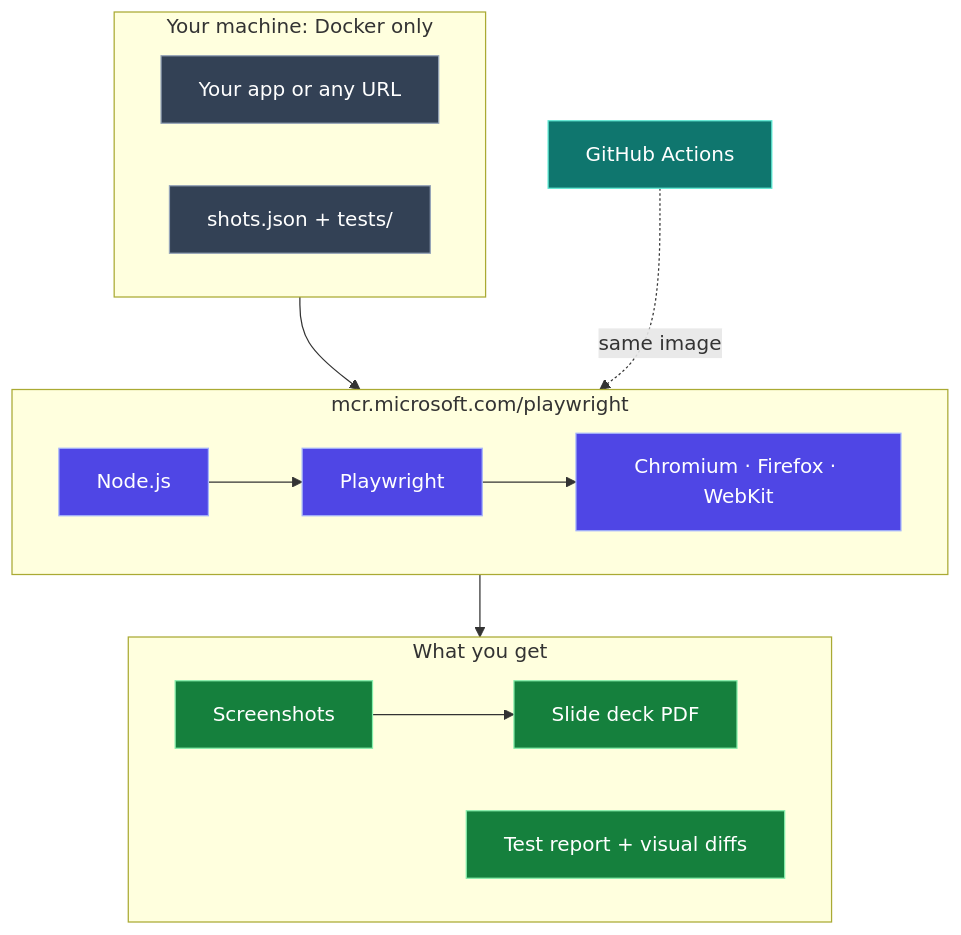
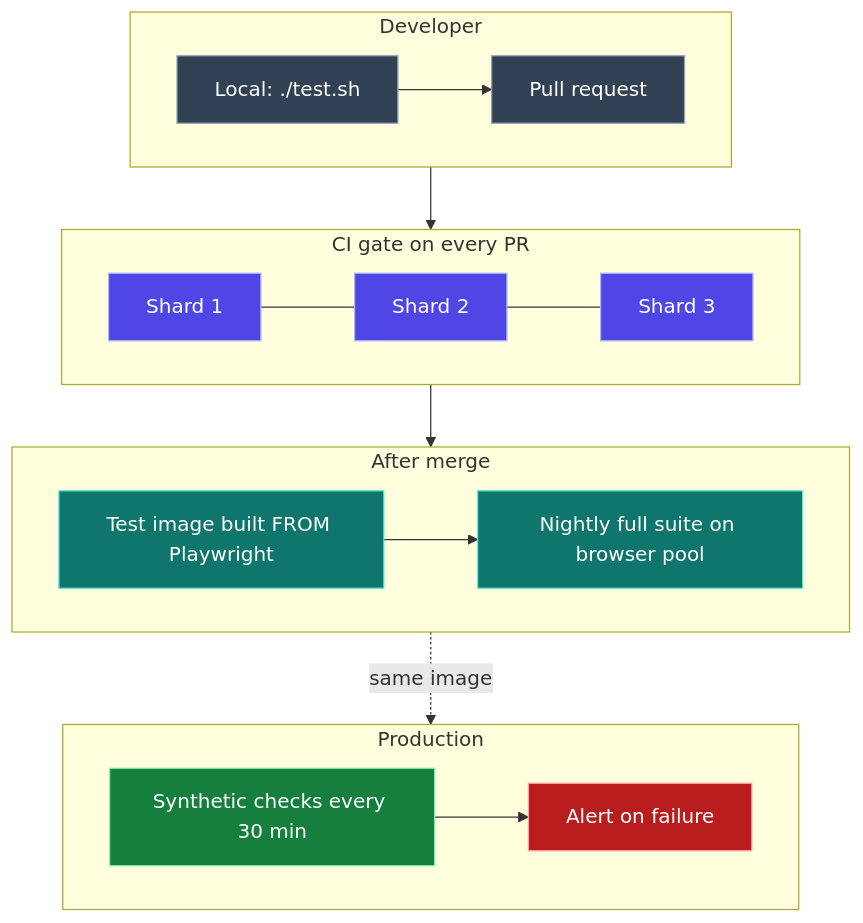
Before and after one commit to mohiadeen-ameer/blogs: the third of 4 diagrams in posts/playwright-container.md, drawn with Mermaid. The commit also changed other lines of this file and 7 other files, not shown here.

Commit message:
Rewrite Playwright post around the container itself and production usage

````diff
--- a/posts/playwright-container.md
+++ b/posts/playwright-container.md
@@ -18,27 +359,31 @@
 ```mermaid
 flowchart TB
-  subgraph HOST["Your machine: Docker only"]
+  subgraph DEV["Developer"]
     direction LR
-    APP[Your app or any URL]
-    CFG[shots.json + tests/]
+    L[Local: ./test.sh] --> PR[Pull request]
   end
-  subgraph BOX["mcr.microsoft.com/playwright"]
+  subgraph GATE["CI gate on every PR"]
     direction LR
-    NODE[Node.js] --> PW[Playwright] --> BR[Chromium · Firefox · WebKit]
+    S1[Shard 1] --- S2[Shard 2] --- S3[Shard 3]
   end
-  subgraph OUT["What you get"]
+  subgraph AFTER["After merge"]
     direction LR
-    SS[Screenshots] --> DECK[Slide deck PDF]
-    REP[Test report + visual diffs]
+    IMG[Test image built FROM Playwright] --> NIGHT[Nightly full suite on browser pool]
   end
-  HOST --> BOX --> OUT
-  CI[GitHub Actions] -. same image .-> BOX
-  classDef host fill:#334155,stroke:#94a3b8,color:#fff
-  classDef box fill:#4f46e5,stroke:#a5b4fc,color:#fff
-  classDef out fill:#15803d,stroke:#86efac,color:#fff
-  classDef ci fill:#0f766e,stroke:#5eead4,color:#fff
-  class APP,CFG host
-  class NODE,PW,BR box
-  class SS,DECK,REP out
-  class CI ci
+  subgraph PROD["Production"]
+    direction LR
+    SYN[Synthetic checks every 30 min] --> ALERT[Alert on failure]
+  end
+  DEV --> GATE --> AFTER
+  AFTER -. same image .-> PROD
+  classDef dev fill:#334155,stroke:#94a3b8,color:#fff
+  classDef gate fill:#4f46e5,stroke:#a5b4fc,color:#fff
+  classDef after fill:#0f766e,stroke:#5eead4,color:#fff
+  classDef prod fill:#15803d,stroke:#86efac,color:#fff
+  classDef alert fill:#b91c1c,stroke:#fca5a5,color:#fff
+  class L,PR dev
+  class S1,S2,S3 gate
+  class IMG,NIGHT after
+  class SYN prod
+  class ALERT alert
 ```
````
